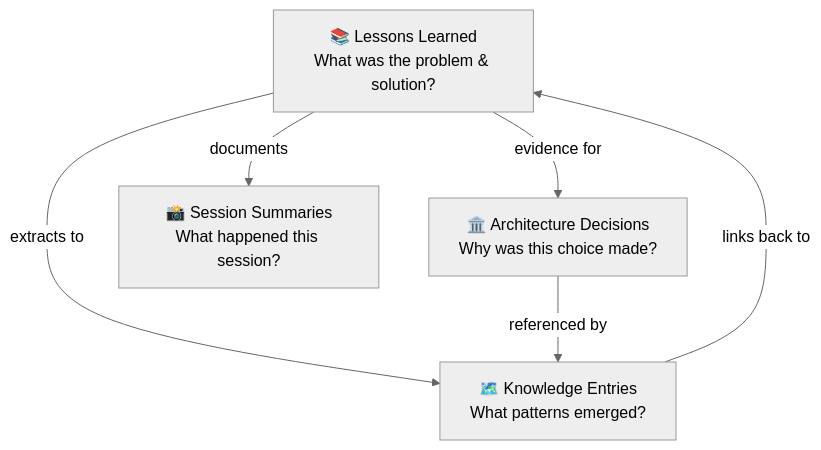
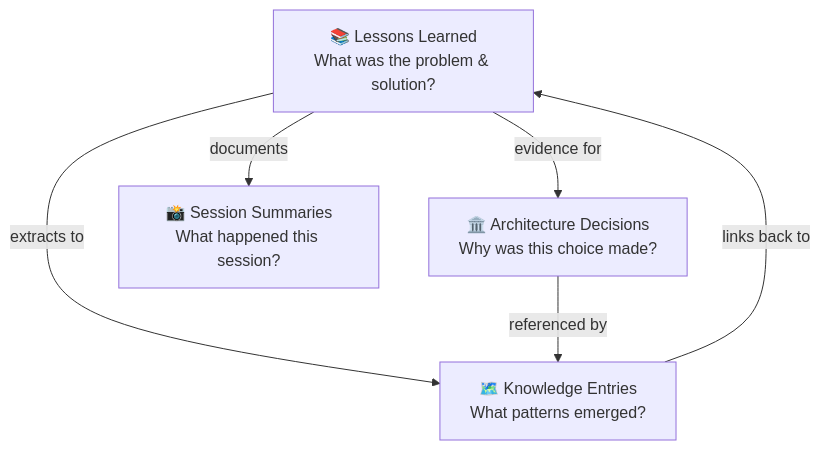
Before and after one commit to technomensch/knowledge-graph: the second of 3 diagrams in docs/concepts/four-content-types.md, drawn with Mermaid. The commit also changed other lines of this file and 30 other files, not shown here.

````diff
--- a/docs/concepts/four-content-types.md
+++ b/docs/concepts/four-content-types.md
@@ -31,17 +29,14 @@
 ```mermaid
-%%{init: { 'flowchart': { 'useMaxWidth': true }, 'theme': 'neutral' }}%%
 graph TD
     A["📚 Lessons Learned<br/>What was the problem &amp; solution?"]
     B["🏛️ Architecture Decisions<br/>Why was this choice made?"]
     C["🗺️ Knowledge Entries<br/>What patterns emerged?"]
     D["📸 Session Summaries<br/>What happened this session?"]
 
     A -->|evidence for| B
     A -->|extracts to| C
     A -->|documents| D
     B -->|referenced by| C
     C -->|links back to| A
 
-    accTitle: Knowledge Graph Four Content Types
-    accDescr: Relationship diagram showing how Lessons Learned provide evidence for Architecture Decisions and extract to Knowledge Entries. Decisions are referenced by Entries, which link back to Lessons. Session Summaries document what was accomplished.
 ```
````
